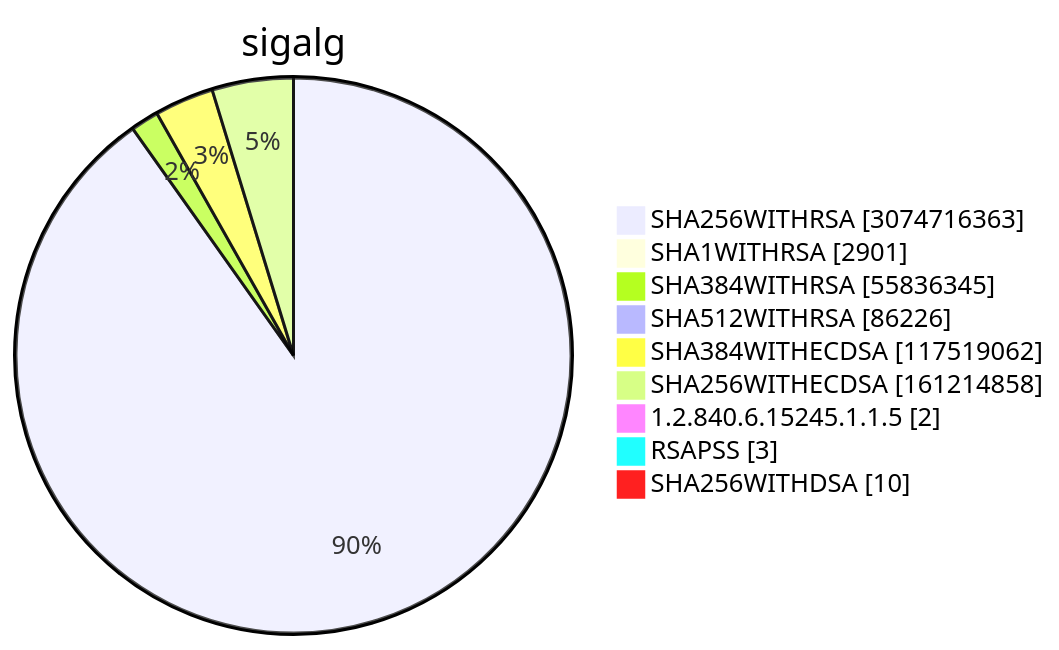
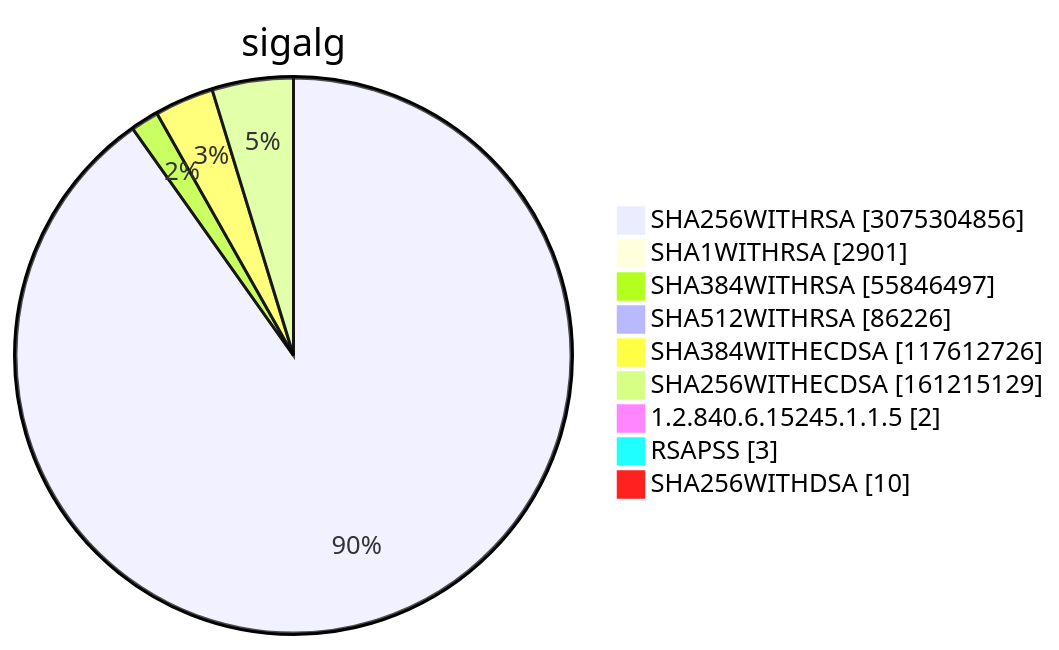
Before and after one commit to christiankrug/ctmonitor_visualization: diagram 15 of 15 in TOTAL/README.md, drawn with Mermaid. The commit also changed other lines of this file, not shown here.

````diff
--- a/TOTAL/README.md
+++ b/TOTAL/README.md
@@ -6209,13 +6209,13 @@
 ```mermaid
 pie showData
 title sigalg
-"SHA256WITHRSA" :3074716363
+"SHA256WITHRSA" :3075304856
 "SHA1WITHRSA" :2901
-"SHA384WITHRSA" :55836345
+"SHA384WITHRSA" :55846497
 "SHA512WITHRSA" :86226
-"SHA384WITHECDSA" :117519062
-"SHA256WITHECDSA" :161214858
+"SHA384WITHECDSA" :117612726
+"SHA256WITHECDSA" :161215129
 "1.2.840.6.15245.1.1.5" :2
 "RSAPSS" :3
 "SHA256WITHDSA" :10
 ```
````
